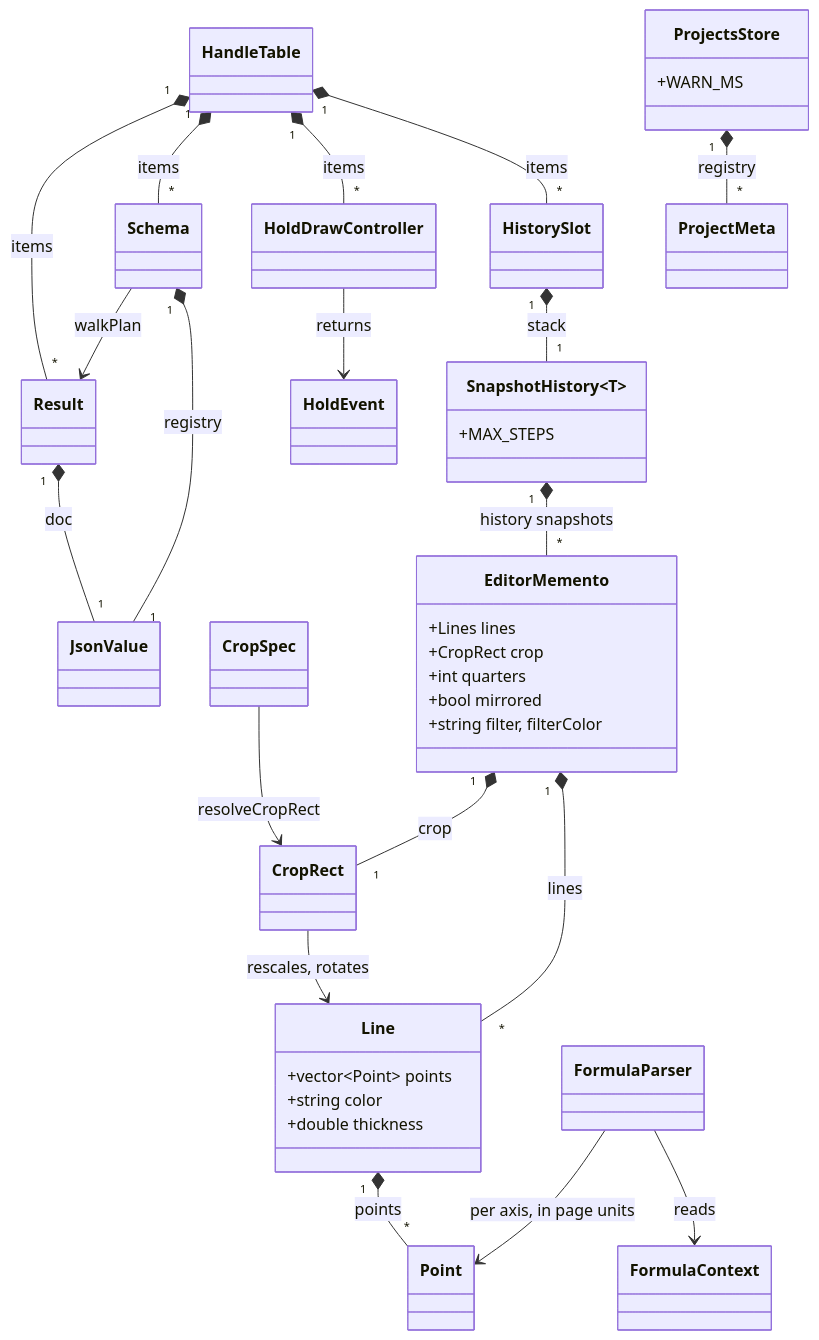
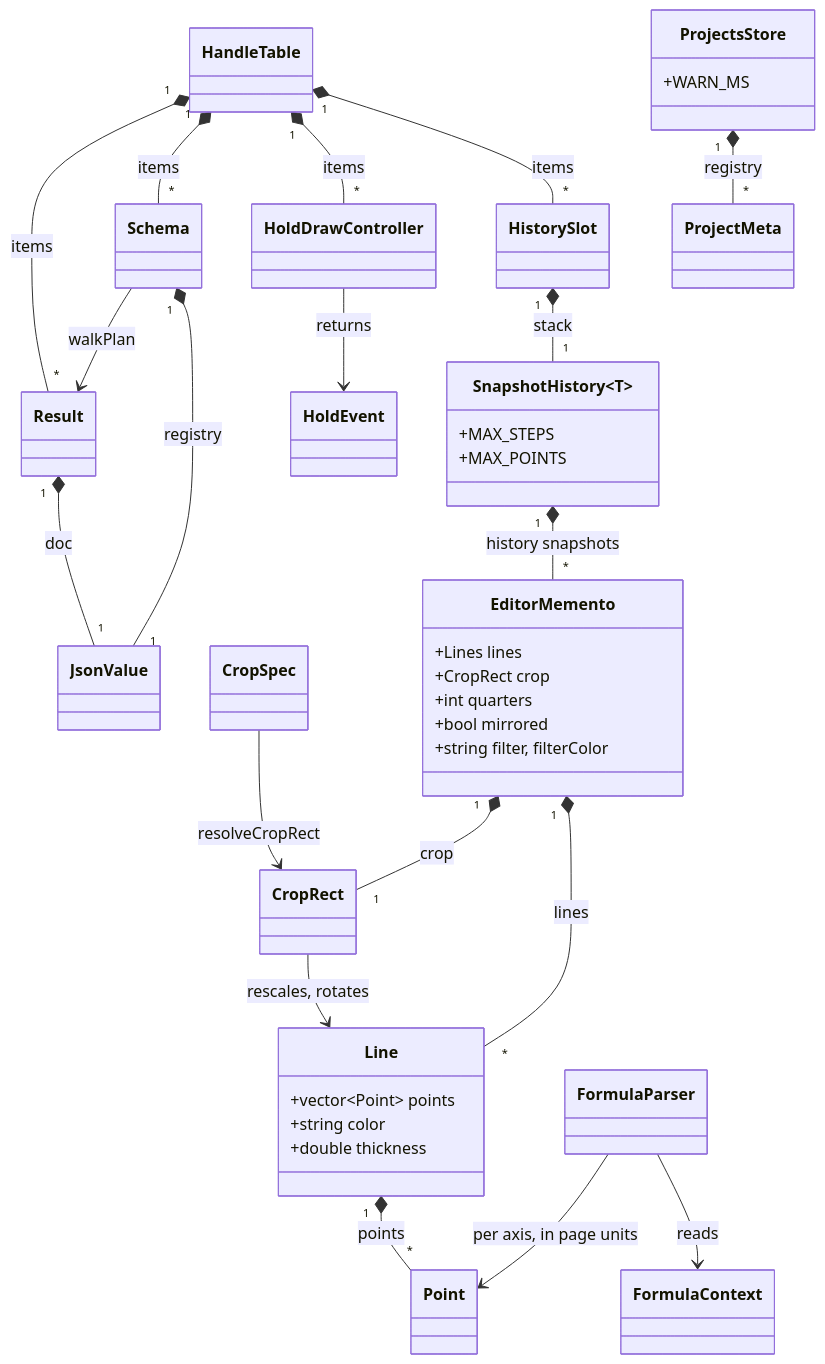
Before and after one commit to andrew1407/stencil: the diagram in core/ARCHITECTURE.md, drawn with Mermaid. The commit also changed other lines of this file and 1200 other files, not shown here.

````diff
--- a/core/ARCHITECTURE.md
+++ b/core/ARCHITECTURE.md
@@ -42,40 +42,41 @@
 ```mermaid
 classDiagram
     class Line {
         +vector~Point~ points
         +string color
         +double thickness
     }
     class SnapshotHistory~T~ {
         +MAX_STEPS
+        +MAX_POINTS
     }
     class EditorMemento {
         +Lines lines
         +CropRect crop
         +int quarters
         +bool mirrored
         +string filter, filterColor
     }
     class ProjectsStore {
         +WARN_MS
     }
 
     Line "1" *-- "*" Point : points
     SnapshotHistory "1" *-- "*" EditorMemento : history snapshots
     EditorMemento "1" *-- "*" Line : lines
     EditorMemento "1" *-- "1" CropRect : crop
     HistorySlot "1" *-- "1" SnapshotHistory : stack
     HandleTable "1" *-- "*" HistorySlot : items
     HandleTable "1" *-- "*" HoldDrawController : items
     HandleTable "1" *-- "*" Schema : items
     HandleTable "1" *-- "*" Result : items
     HoldDrawController --> HoldEvent : returns
     ProjectsStore "1" *-- "*" ProjectMeta : registry
     CropSpec --> CropRect : resolveCropRect
     CropRect --> Line : rescales, rotates
     FormulaParser --> FormulaContext : reads
     FormulaParser --> Point : per axis, in page units
     Schema "1" *-- "1" JsonValue : registry
     Schema --> Result : walkPlan
     Result "1" *-- "1" JsonValue : doc
 ```
````
